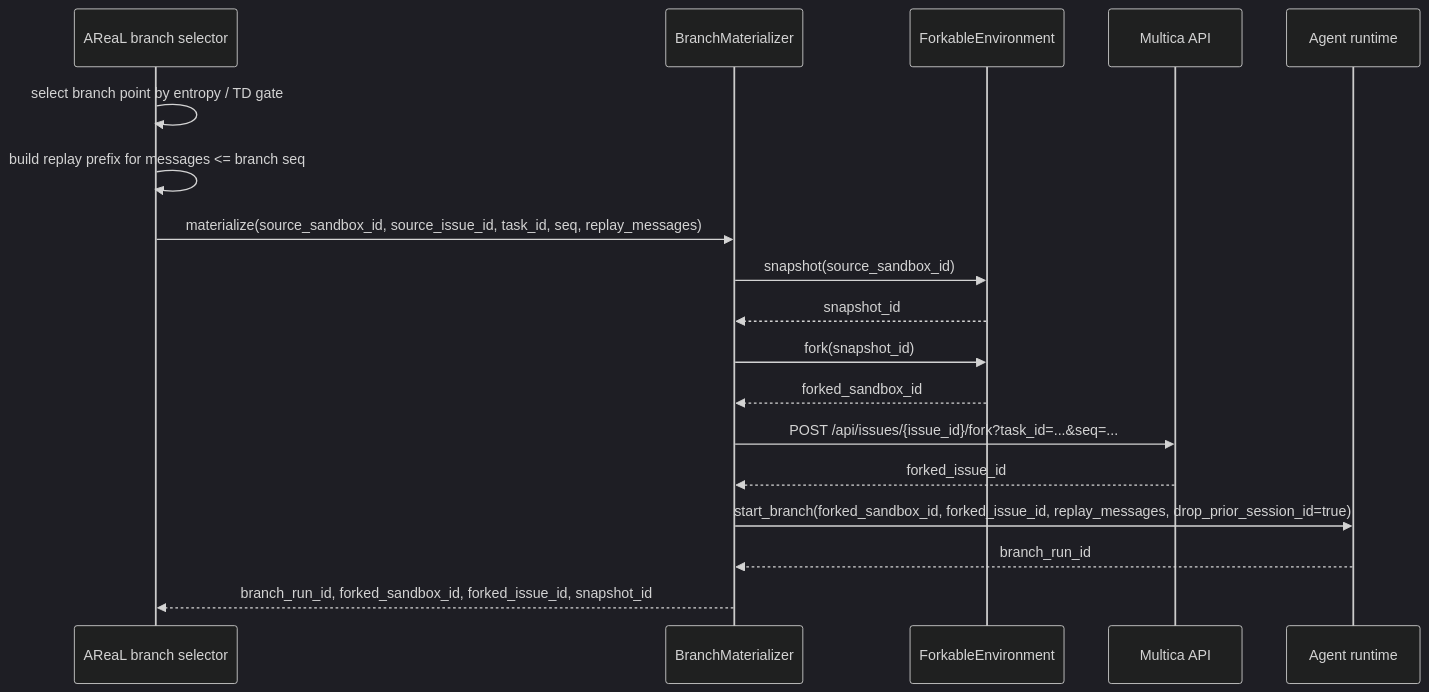
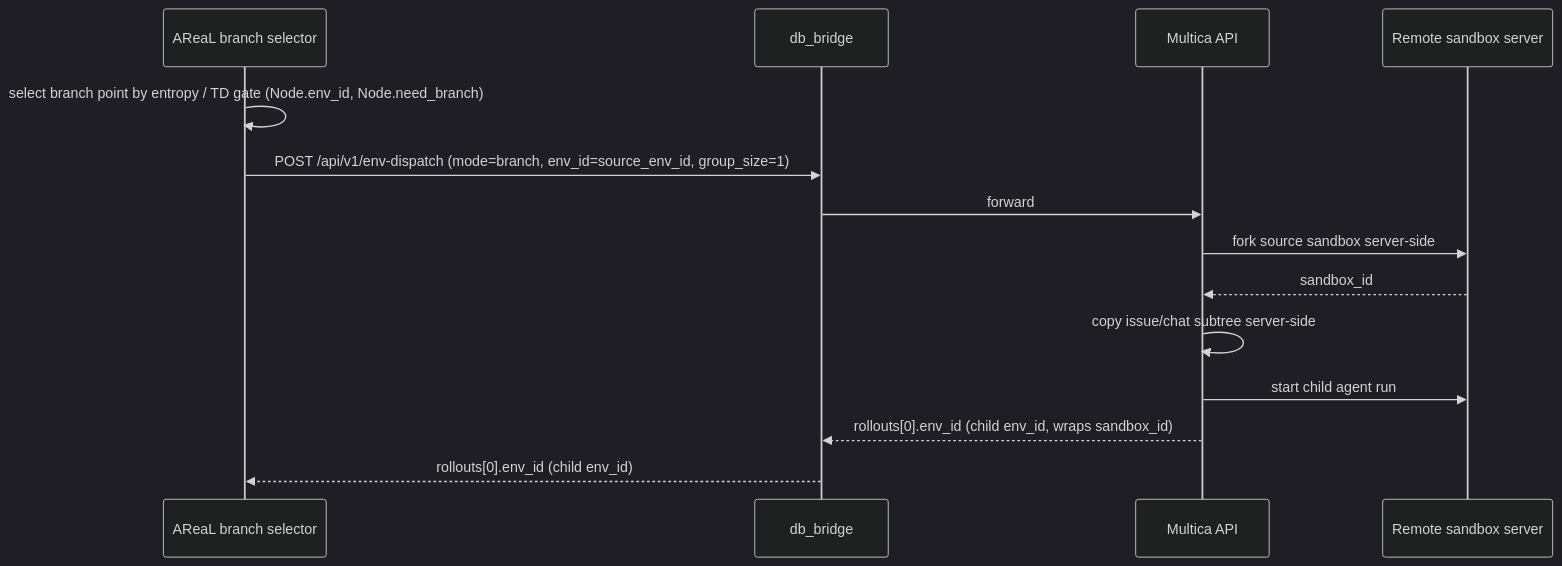
The third of 3 diagrams in customized_areal/tree_search/agents/multica_environment_protocol.md (ketsuzhou/areal-ci), drawn with Mermaid (dark theme) before and after one commit. The commit also changed other lines of this file and 123 other files, not shown here.

````diff
--- a/customized_areal/tree_search/agents/multica_environment_protocol.md
+++ b/customized_areal/tree_search/agents/multica_environment_protocol.md
@@ -214,22 +284,18 @@
 ```mermaid
 sequenceDiagram
     participant A as AReaL branch selector
-    participant B as BranchMaterializer
-    participant E as ForkableEnvironment
+    participant G as db_bridge
     participant M as Multica API
-    participant R as Agent runtime
+    participant S as Remote sandbox server
 
-    A->>A: select branch point by entropy / TD gate
-    A->>A: build replay prefix for messages <= branch seq
-    A->>B: materialize(source_sandbox_id, source_issue_id, task_id, seq, replay_messages)
+    A->>A: select branch point by entropy / TD gate (Node.env_id, Node.need_branch)
 
-    B->>E: snapshot(source_sandbox_id)
-    E-->>B: snapshot_id
-    B->>E: fork(snapshot_id)
-    E-->>B: forked_sandbox_id
-    B->>M: POST /api/issues/{issue_id}/fork?task_id=...&seq=...
-    M-->>B: forked_issue_id
-    B->>R: start_branch(forked_sandbox_id, forked_issue_id, replay_messages, drop_prior_session_id=true)
-    R-->>B: branch_run_id
-    B-->>A: branch_run_id, forked_sandbox_id, forked_issue_id, snapshot_id
+    A->>G: POST /api/v1/env-dispatch (mode=branch, env_id=source_env_id, group_size=1)
+    G->>M: forward
+    M->>S: fork source sandbox server-side
+    S-->>M: sandbox_id
+    M->>M: copy issue/chat subtree server-side
+    M->>S: start child agent run
+    M-->>G: rollouts[0].env_id (child env_id, wraps sandbox_id)
+    G-->>A: rollouts[0].env_id (child env_id)
 ```
````
